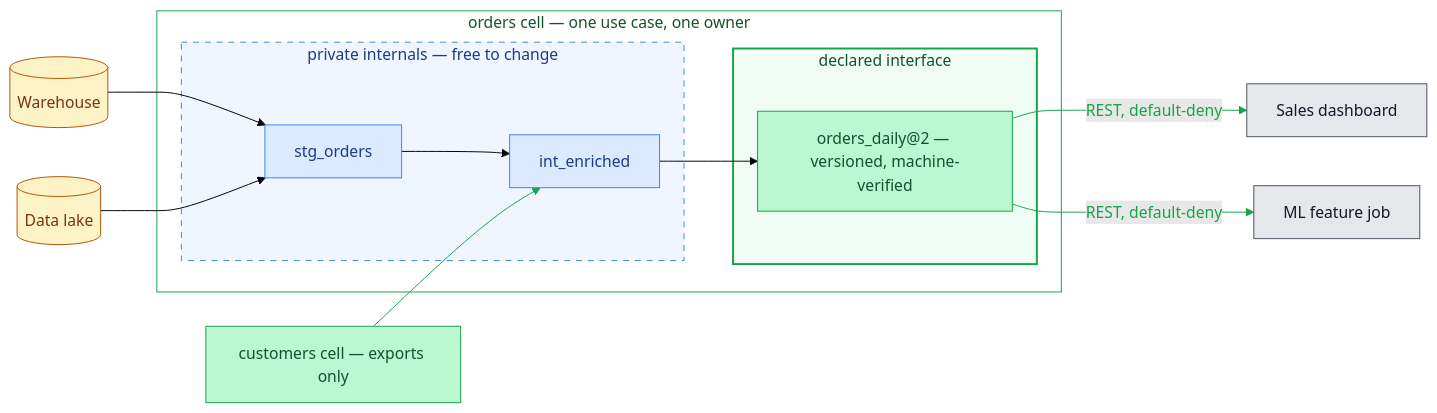
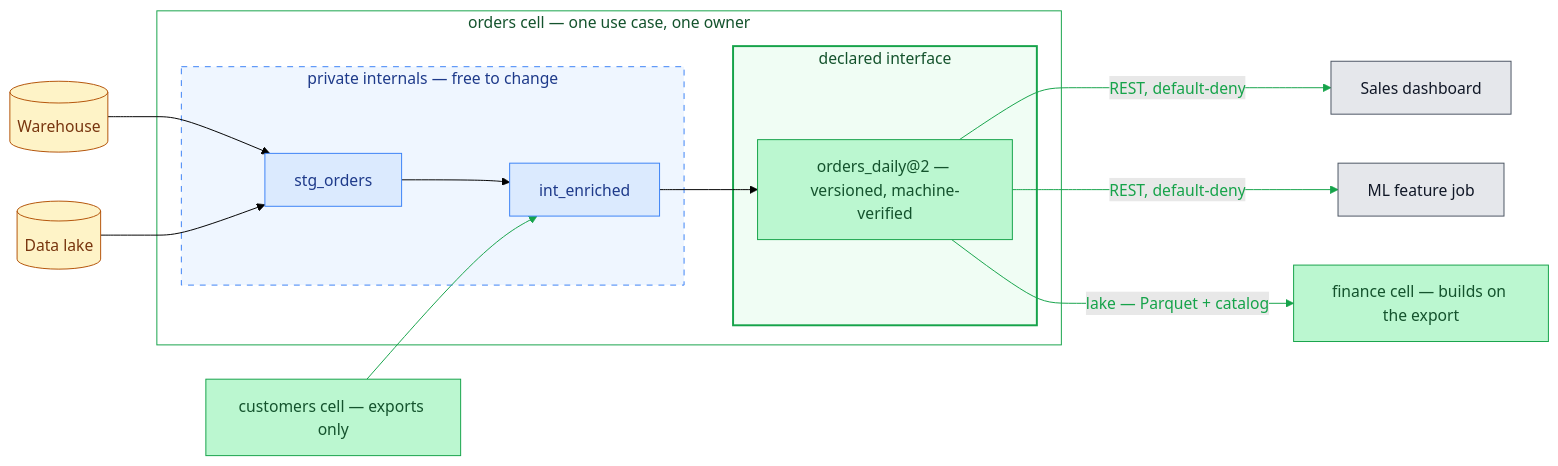
One commit to scalecraft-dev/datamake changed the second of 2 diagrams in docs/concepts/composable-data-products.md. Above: the diagram before and after it, drawn with Mermaid (forest theme). The commit also changed other lines of this file and 2 other files, not shown here.

Commit message:
Update docs with interface diagram

````diff
--- a/docs/concepts/composable-data-products.md
+++ b/docs/concepts/composable-data-products.md
@@ -56,29 +58,30 @@
 ```mermaid
 flowchart LR
     subgraph CELL["orders cell — one use case, one owner"]
         subgraph PRIV["private internals — free to change"]
             stg[stg_orders] --> enr[int_enriched]
         end
         subgraph IFACE["declared interface"]
             exp["orders_daily@2 — versioned, machine-verified"]
         end
         enr --> exp
     end
     WH[(Warehouse)] --> stg
     LAKE[(Data lake)] --> stg
     CUST["customers cell — exports only"] --> enr
     exp -->|"REST, default-deny"| dash[Sales dashboard]
     exp -->|"REST, default-deny"| ml[ML feature job]
+    exp -->|"lake — Parquet + catalog"| down["finance cell — builds on the export"]
     classDef privateTbl fill:#dbeafe,stroke:#3b82f6,color:#1e3a8a
     classDef export fill:#bbf7d0,stroke:#16a34a,color:#14532d
     classDef input fill:#fef3c7,stroke:#b45309,color:#78350f
     classDef consumer fill:#e5e7eb,stroke:#4b5563,color:#111827
     class stg,enr privateTbl
-    class exp,CUST export
+    class exp,CUST,down export
     class WH,LAKE input
     class dash,ml consumer
     style CELL fill:transparent,stroke:#16a34a,color:#14532d
     style PRIV fill:#eff6ff,stroke:#3b82f6,stroke-dasharray:6 6,color:#1e3a8a
     style IFACE fill:#f0fdf4,stroke:#16a34a,stroke-width:2px,color:#14532d
-    linkStyle 4,5,6 stroke:#16a34a,color:#16a34a
+    linkStyle 4,5,6,7 stroke:#16a34a,color:#16a34a
 ```
````
